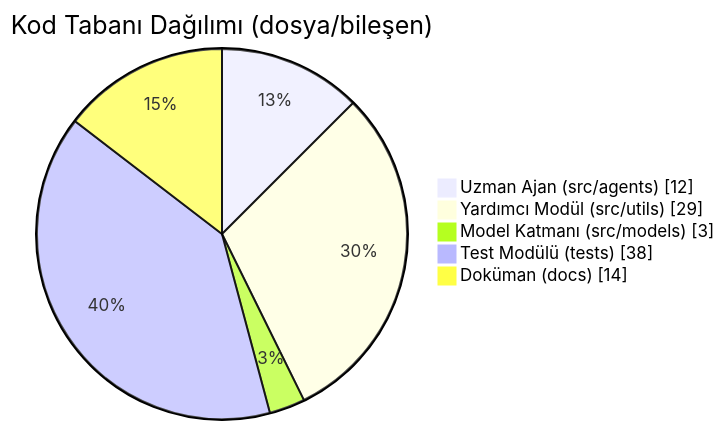
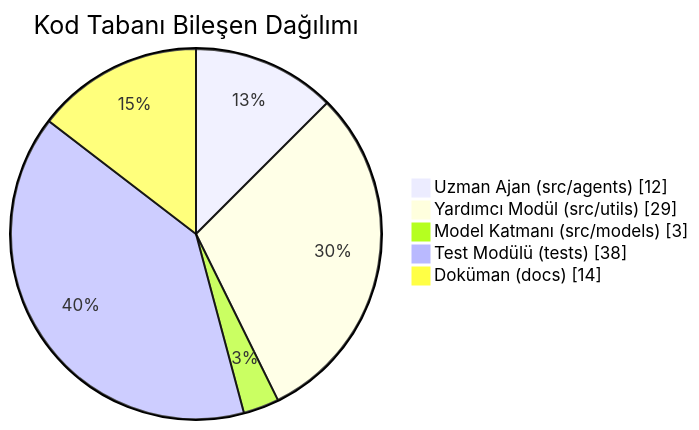
The fourth of 28 diagrams in README.md (msgxr/teknofest-2026-kamu-evrak-akilli-ajan), drawn with Mermaid before and after one commit. The commit also changed other lines of this file, not shown here.

First line of the commit message:
fix(beni-oku): GitHub'da render olmayan Mermaid diyagramlari duzeltildi

````diff
--- a/README.md
+++ b/README.md
@@ -295,8 +285,9 @@
 ```mermaid
-pie showData title Kod Tabanı Dağılımı (dosya/bileşen)
+pie showData
+    title Kod Tabanı Bileşen Dağılımı
     "Uzman Ajan (src/agents)" : 12
     "Yardımcı Modül (src/utils)" : 29
     "Model Katmanı (src/models)" : 3
     "Test Modülü (tests)" : 38
     "Doküman (docs)" : 14
 ```
````
